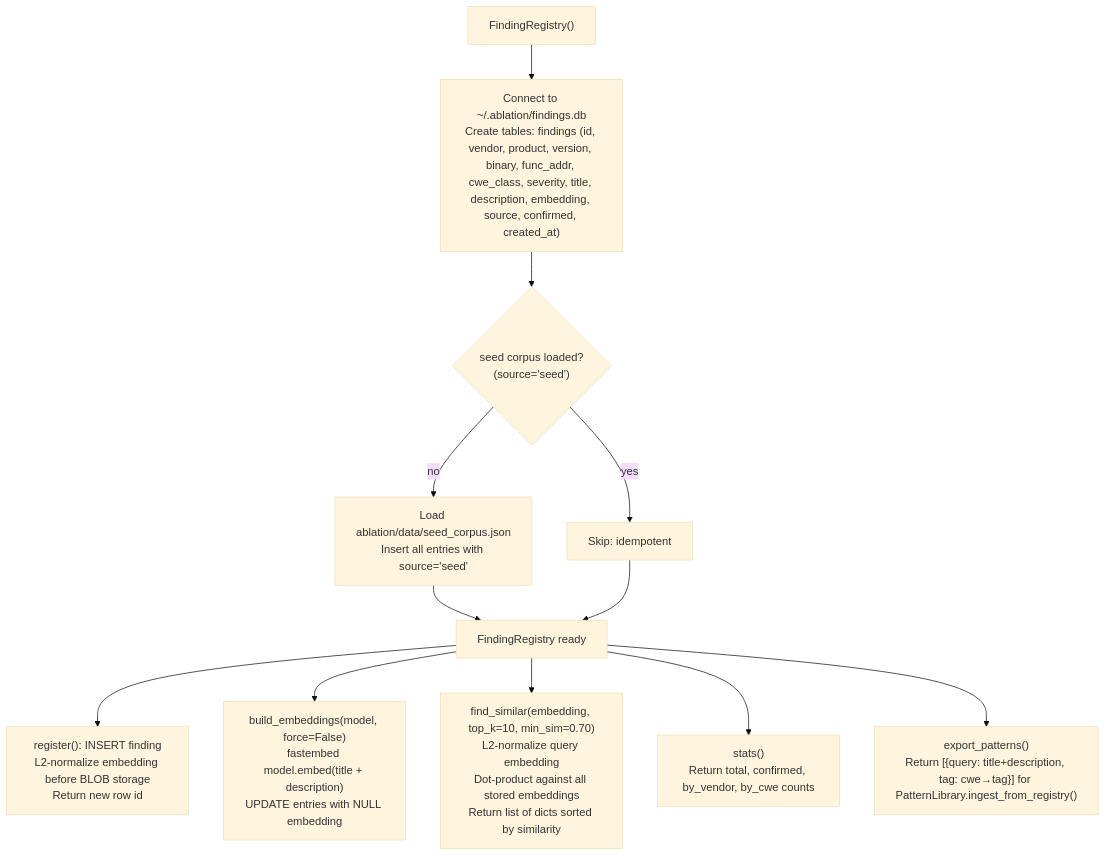
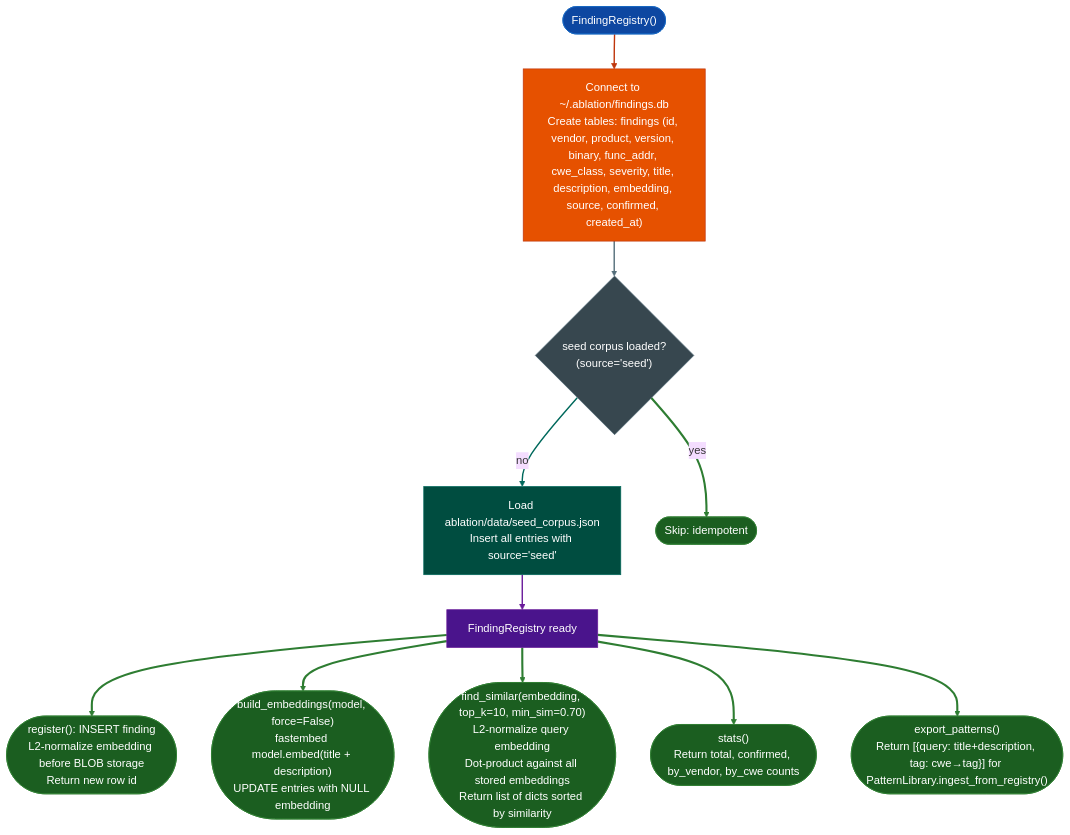
One commit to Ablation-Tool/ablation changed the diagram in docs/reference-modules/finding-registry.md. Above: the diagram before and after it, drawn with Mermaid (base theme). The commit also changed 320 other files, not shown here.

First line of the commit message:
docs: apply canonical Mermaid template to all 321 diagrams

````diff
--- a/docs/reference-modules/finding-registry.md
+++ b/docs/reference-modules/finding-registry.md
@@ -19,13 +19,29 @@
 ```mermaid
 flowchart TD
-    A["FindingRegistry()"] --> B["Connect to ~/.ablation/findings.db\nCreate tables: findings (id, vendor, product, version, binary, func_addr, cwe_class, severity, title, description, embedding, source, confirmed, created_at)"]
-    B --> C{"seed corpus loaded?\n(source='seed')"}
-    C -->|no| D["Load ablation/data/seed_corpus.json\nInsert all entries with source='seed'"]
-    C -->|yes| E[Skip: idempotent]
-    D & E --> F[FindingRegistry ready]
-    F --> G["register(): INSERT finding\nL2-normalize embedding before BLOB storage\nReturn new row id"]
-    F --> H["build_embeddings(model, force=False)\nfastembed model.embed(title + description)\nUPDATE entries with NULL embedding"]
-    F --> I["find_similar(embedding, top_k=10, min_sim=0.70)\nL2-normalize query embedding\nDot-product against all stored embeddings\nReturn list of dicts sorted by similarity"]
-    F --> J["stats()\nReturn total, confirmed, by_vendor, by_cwe counts"]
-    F --> K["export_patterns()\nReturn [{query: title+description, tag: cwe→tag}] for PatternLibrary.ingest_from_registry()"]
+    A(["FindingRegistry()"]):::input --> B["Connect to ~/.ablation/findings.db\nCreate tables: findings (id, vendor, product, version, binary, func_addr, cwe_class, severity, title, description, embedding, source, confirmed, created_at)"]:::primary
+    B:::primary --> C{"seed corpus loaded?\n(source='seed')"}:::neutral
+    C:::neutral -->|no| D["Load ablation/data/seed_corpus.json\nInsert all entries with source='seed'"]:::secondary
+    C:::neutral -->|yes| E(["Skip: idempotent"]):::output
+    D:::secondary --> F["FindingRegistry ready"]:::tertiary
+    F:::tertiary --> G(["register(): INSERT finding\nL2-normalize embedding before BLOB storage\nReturn new row id"]):::output
+    F:::tertiary --> H(["build_embeddings(model, force=False)\nfastembed model.embed(title + description)\nUPDATE entries with NULL embedding"]):::output
+    F:::tertiary --> I(["find_similar(embedding, top_k=10, min_sim=0.70)\nL2-normalize query embedding\nDot-product against all stored embeddings\nReturn list of dicts sorted by similarity"]):::output
+    F:::tertiary --> J(["stats()\nReturn total, confirmed, by_vendor, by_cwe counts"]):::output
+    F:::tertiary --> K(["export_patterns()\nReturn [{query: title+description, tag: cwe→tag}] for PatternLibrary.ingest_from_registry()"]):::output
+    classDef input     fill:#0d47a1,stroke:#1565c0,color:#fff
+    classDef primary   fill:#e65100,stroke:#bf360c,color:#fff
+    classDef secondary fill:#004d40,stroke:#00695c,color:#fff
+    classDef tertiary  fill:#4a148c,stroke:#6a1b9a,color:#fff
+    classDef neutral   fill:#37474f,stroke:#546e7a,color:#fff
+    classDef output    fill:#1b5e20,stroke:#2e7d32,color:#fff
+    linkStyle 0 stroke:#bf360c,stroke-width:2px
+    linkStyle 1 stroke:#546e7a,stroke-width:2px
+    linkStyle 2 stroke:#00695c,stroke-width:2px
+    linkStyle 3 stroke:#2e7d32,stroke-width:3px
+    linkStyle 4 stroke:#6a1b9a,stroke-width:2px
+    linkStyle 5 stroke:#2e7d32,stroke-width:3px
+    linkStyle 6 stroke:#2e7d32,stroke-width:3px
+    linkStyle 7 stroke:#2e7d32,stroke-width:3px
+    linkStyle 8 stroke:#2e7d32,stroke-width:3px
+    linkStyle 9 stroke:#2e7d32,stroke-width:3px
 ```
````
